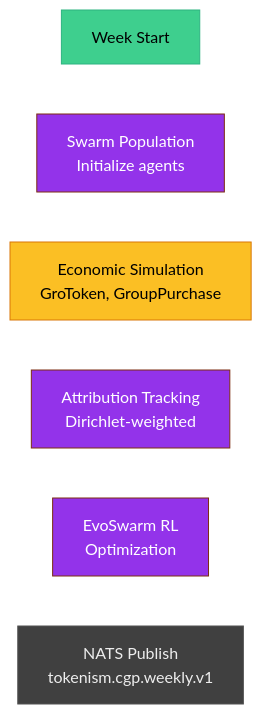
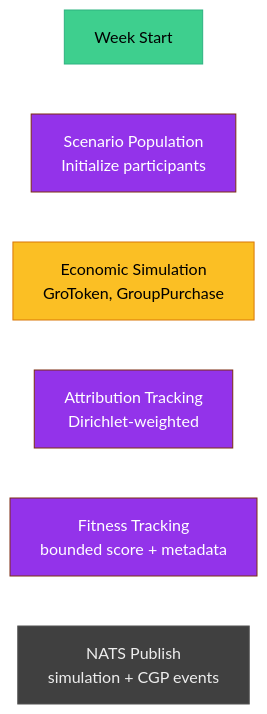
The diagram in pmoves/docs/geometry-bus/services/tokenism-simulator.md (POWERFULMOVES/PMOVES.AI), drawn with Mermaid before and after one commit. The commit also changed other lines of this file and 5 other files, not shown here.

````diff
--- a/pmoves/docs/geometry-bus/services/tokenism-simulator.md
+++ b/pmoves/docs/geometry-bus/services/tokenism-simulator.md
@@ -15,29 +16,29 @@
 ```mermaid
 %%{init: {'theme':'base', 'themeVariables': {
   'primaryColor': '#3ecf8e',
   'primaryBorderColor': '#3ecf8e',
   'secondaryColor': '#9333ea',
   'secondaryBorderColor': '#a855f7',
   'tertiaryColor': '#fbbf24',
   'tertiaryBorderColor': '#d97706',
   'background': 'transparent'
 }}}%%
 flowchart TD
     classDef init fill:#3ecf8e,stroke:#2db380,color:#000
     classDef swarm fill:#9333ea,stroke:#7c2d12,color:#fff
     classDef econ fill:#fbbf24,stroke:#d97706,color:#000
     classDef output fill:#404040,stroke:#525252,color:#ededed
 
     START["Week Start"]:::init
-    POP["Swarm Population<br/>Initialize agents"]:::swarm
+    POP["Scenario Population<br/>Initialize participants"]:::swarm
     SIM["Economic Simulation<br/>GroToken, GroupPurchase"]:::econ
     ATTR["Attribution Tracking<br/>Dirichlet-weighted"]:::swarm
-    OPT["EvoSwarm RL<br/>Optimization"]:::swarm
-    NATS["NATS Publish<br/>tokenism.cgp.weekly.v1"]:::output
+    FIT["Fitness Tracking<br/>bounded score + metadata"]:::swarm
+    NATS["NATS Publish<br/>simulation + CGP events"]:::output
 
     START --> POP
     POP --> SIM
     SIM --> ATTR
-    ATTR --> OPT
-    OPT --> NATS
+    ATTR --> FIT
+    FIT --> NATS
 ```
````
